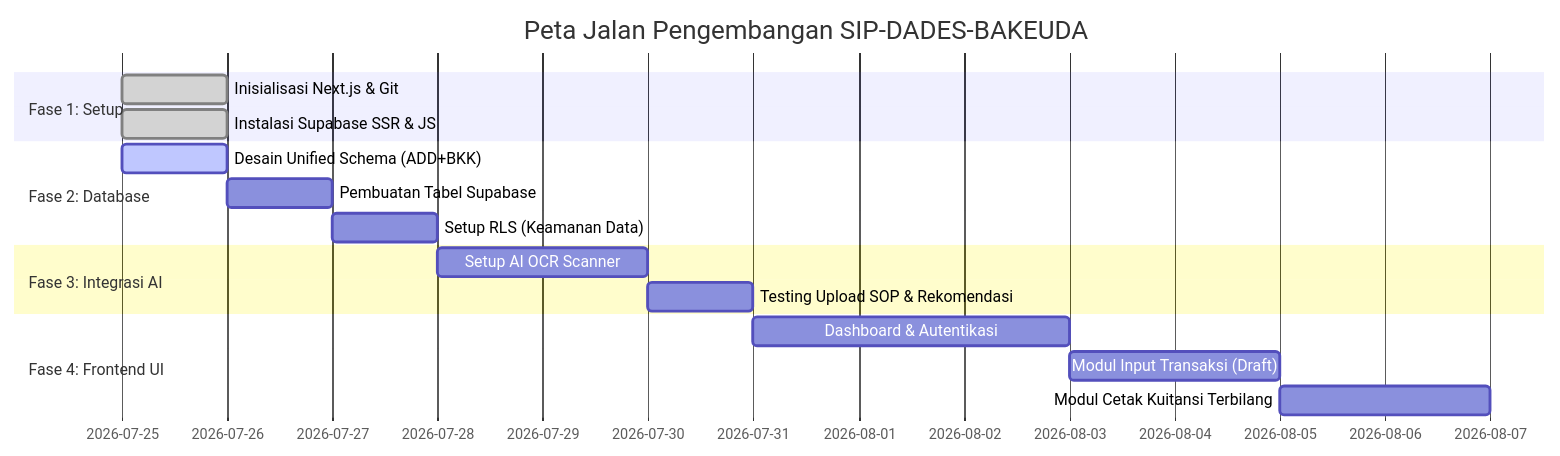
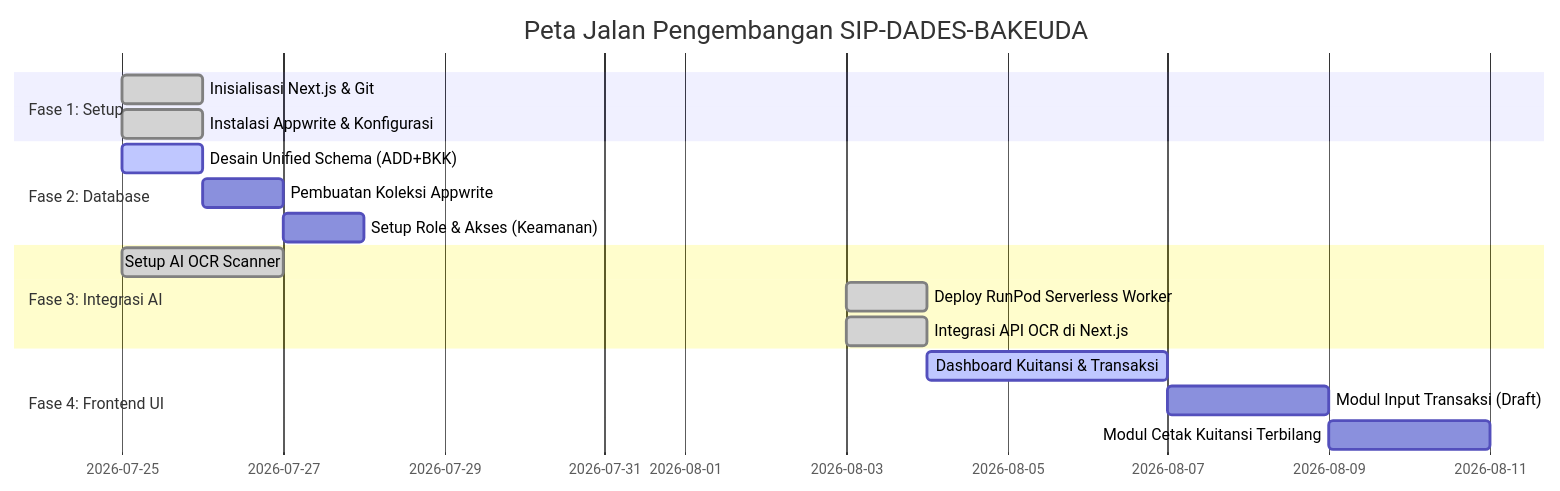
The first of 2 diagrams in ROADMAP.md (asepsafrudin/SIP-DADES-BAKEUDA), drawn with Mermaid before and after one commit. The commit also changed other lines of this file and 1 other file, not shown here.

Commit message:
docs: Update README and ROADMAP for SIP-DADES current state

````diff
--- a/ROADMAP.md
+++ b/ROADMAP.md
@@ -8,22 +8,23 @@
 ```mermaid
 gantt
     title Peta Jalan Pengembangan SIP-DADES-BAKEUDA
     dateFormat  YYYY-MM-DD
     section Fase 1: Setup
     Inisialisasi Next.js & Git     :done, phase1_1, 2026-07-25, 1d
-    Instalasi Supabase SSR & JS    :done, phase1_2, 2026-07-25, 1d
+    Instalasi Appwrite & Konfigurasi:done, phase1_2, 2026-07-25, 1d
     
     section Fase 2: Database
     Desain Unified Schema (ADD+BKK):active, phase2_1, 2026-07-25, 1d
-    Pembuatan Tabel Supabase       :         phase2_2, after phase2_1, 1d
-    Setup RLS (Keamanan Data)      :         phase2_3, after phase2_2, 1d
+    Pembuatan Koleksi Appwrite     :         phase2_2, after phase2_1, 1d
+    Setup Role & Akses (Keamanan)  :         phase2_3, after phase2_2, 1d
     
     section Fase 3: Integrasi AI
-    Setup AI OCR Scanner           :         phase3_1, after phase2_3, 2d
-    Testing Upload SOP & Rekomendasi:        phase3_2, after phase3_1, 1d
+    Setup AI OCR Scanner           :done, phase3_1, 2026-07-25, 2d
+    Deploy RunPod Serverless Worker:done, phase3_2, 2026-08-03, 1d
+    Integrasi API OCR di Next.js   :done, phase3_3, 2026-08-03, 1d
     
     section Fase 4: Frontend UI
-    Dashboard & Autentikasi        :         phase4_1, after phase3_2, 3d
+    Dashboard Kuitansi & Transaksi :active, phase4_1, after phase3_3, 3d
     Modul Input Transaksi (Draft)  :         phase4_2, after phase4_1, 2d
     Modul Cetak Kuitansi Terbilang :         phase4_3, after phase4_2, 2d
 ```
````
